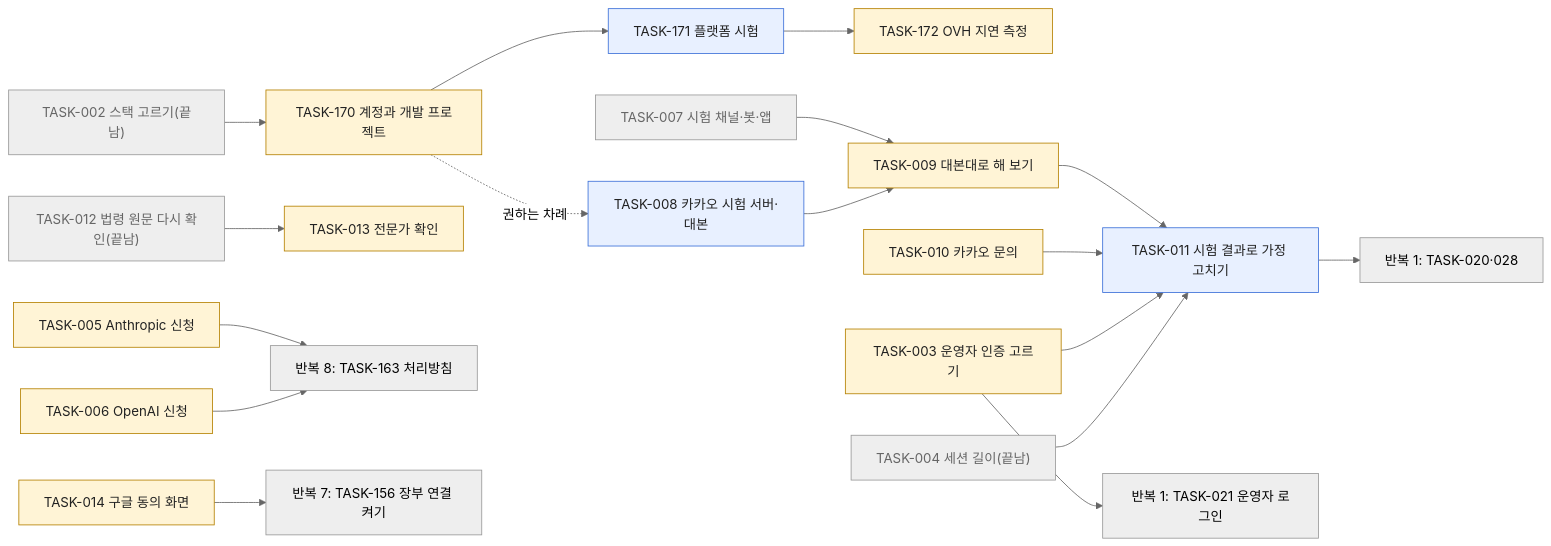
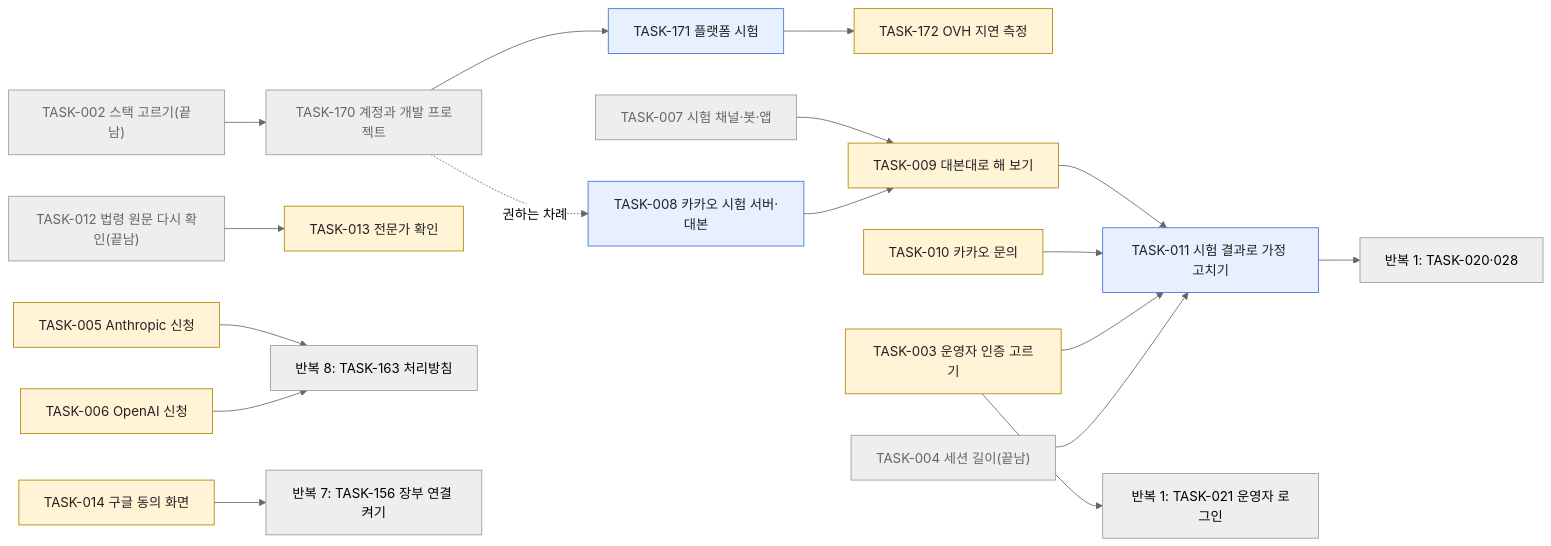
The diagram in docs/10-wbs/iteration-0-guide.md (kodonghui/siljang.ai), drawn with Mermaid (neutral theme) before and after one commit. The commit also changed other lines of this file and 7 other files, not shown here.

````diff
--- a/docs/10-wbs/iteration-0-guide.md
+++ b/docs/10-wbs/iteration-0-guide.md
@@ -35,22 +35,22 @@
 ```mermaid
 flowchart LR
   classDef dh fill:#fff4d6,stroke:#b58100,color:#222222
   classDef cl fill:#e8f0ff,stroke:#3b6fd8,color:#222222
   classDef done fill:#eeeeee,stroke:#999999,color:#666666
-  T002["TASK-002 스택 고르기(끝남)"]:::done --> T170["TASK-170 계정과 개발 프로젝트"]:::dh
+  T002["TASK-002 스택 고르기(끝남)"]:::done --> T170["TASK-170 계정과 개발 프로젝트"]:::done
   T170 --> T171["TASK-171 플랫폼 시험"]:::cl
   T171 --> T172["TASK-172 OVH 지연 측정"]:::dh
   T170 -.->|권하는 차례| T008["TASK-008 카카오 시험 서버·대본"]:::cl
   T007["TASK-007 시험 채널·봇·앱"]:::done --> T009["TASK-009 대본대로 해 보기"]:::dh
   T008 --> T009
   T009 --> T011["TASK-011 시험 결과로 가정 고치기"]:::cl
   T010["TASK-010 카카오 문의"]:::dh --> T011
   T003["TASK-003 운영자 인증 고르기"]:::dh --> T011
   T004["TASK-004 세션 길이(끝남)"]:::done --> T011
   T011 --> R1["반복 1: TASK-020·028"]
   T003 --> T021["반복 1: TASK-021 운영자 로그인"]
   T012["TASK-012 법령 원문 다시 확인(끝남)"]:::done --> T013["TASK-013 전문가 확인"]:::dh
   T005["TASK-005 Anthropic 신청"]:::dh --> T163["반복 8: TASK-163 처리방침"]
   T006["TASK-006 OpenAI 신청"]:::dh --> T163
   T014["TASK-014 구글 동의 화면"]:::dh --> T156["반복 7: TASK-156 장부 연결 켜기"]
 ```
````
